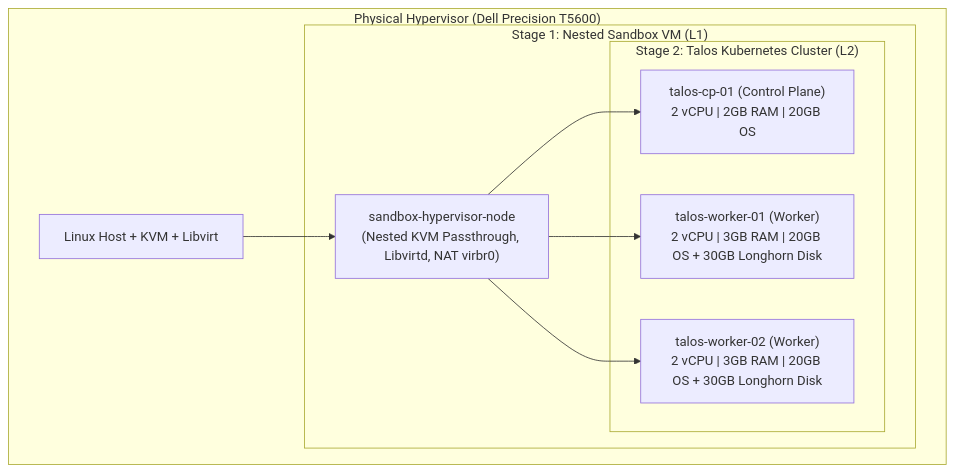
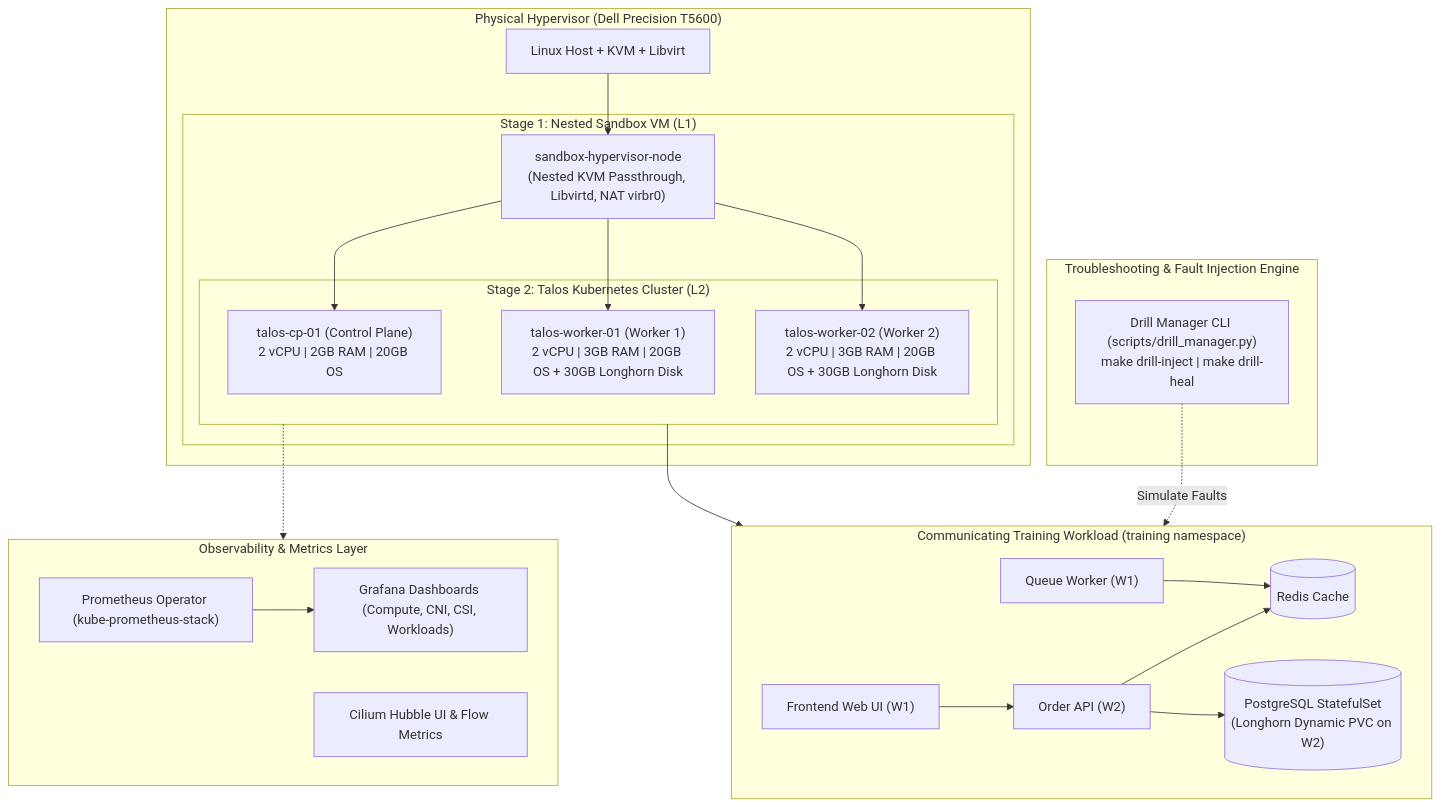
One commit to celttechie/talos-k8s-platform changed the diagram in README.md. Above: the diagram before and after it, drawn with Mermaid. The commit also changed other lines of this file, not shown here.

Commit message:
docs: update README with troubleshooting lab architecture and milestone progress (#29)

````diff
--- a/README.md
+++ b/README.md
@@ -22,21 +19,42 @@
 ```mermaid
 flowchart TD
     subgraph Host ["Physical Hypervisor (Dell Precision T5600)"]
         T5600["Linux Host + KVM + Libvirt"]
         
         subgraph Sandbox ["Stage 1: Nested Sandbox VM (L1)"]
             SB_VM["sandbox-hypervisor-node\n(Nested KVM Passthrough, Libvirtd, NAT virbr0)"]
             
             subgraph K8s ["Stage 2: Talos Kubernetes Cluster (L2)"]
                 CP1["talos-cp-01 (Control Plane)\n2 vCPU | 2GB RAM | 20GB OS"]
-                W1["talos-worker-01 (Worker)\n2 vCPU | 3GB RAM | 20GB OS + 30GB Longhorn Disk"]
-                W2["talos-worker-02 (Worker)\n2 vCPU | 3GB RAM | 20GB OS + 30GB Longhorn Disk"]
+                W1["talos-worker-01 (Worker 1)\n2 vCPU | 3GB RAM | 20GB OS + 30GB Longhorn Disk"]
+                W2["talos-worker-02 (Worker 2)\n2 vCPU | 3GB RAM | 20GB OS + 30GB Longhorn Disk"]
             end
         end
+    end
+
+    subgraph Observability ["Observability & Metrics Layer"]
+        Prom["Prometheus Operator (kube-prometheus-stack)"]
+        Graf["Grafana Dashboards (Compute, CNI, CSI, Workloads)"]
+        Hubble["Cilium Hubble UI & Flow Metrics"]
+        Prom --> Graf
+    end
+
+    subgraph Workload ["Communicating Training Workload (training namespace)"]
+        UI["Frontend Web UI (W1)"] --> API["Order API (W2)"]
+        API --> Cache[("Redis Cache")]
+        API --> DB[("PostgreSQL StatefulSet\n(Longhorn Dynamic PVC on W2)")]
+        Worker["Queue Worker (W1)"] --> Cache
+    end
+
+    subgraph Drills ["Troubleshooting & Fault Injection Engine"]
+        Engine["Drill Manager CLI (scripts/drill_manager.py)\nmake drill-inject | make drill-heal"]
     end
 
     T5600 --> SB_VM
     SB_VM --> CP1
     SB_VM --> W1
     SB_VM --> W2
+    K8s -.-> Observability
+    K8s --> Workload
+    Engine -.->|Simulate Faults| Workload
 ```
````
